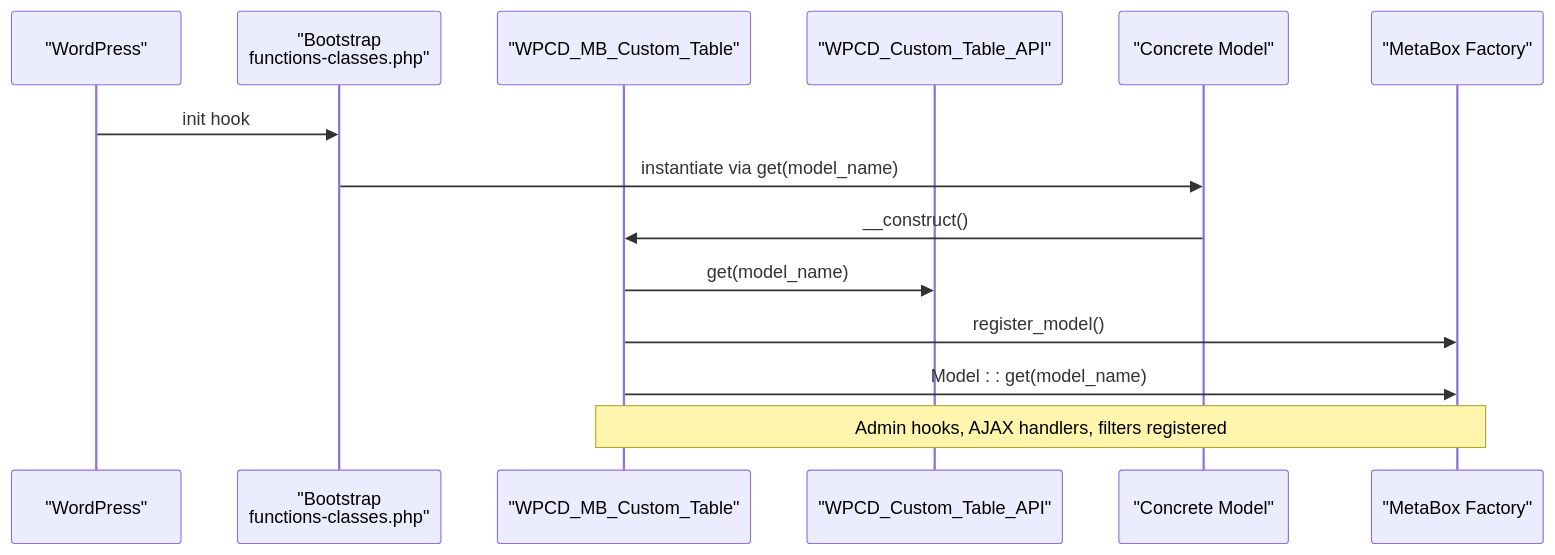
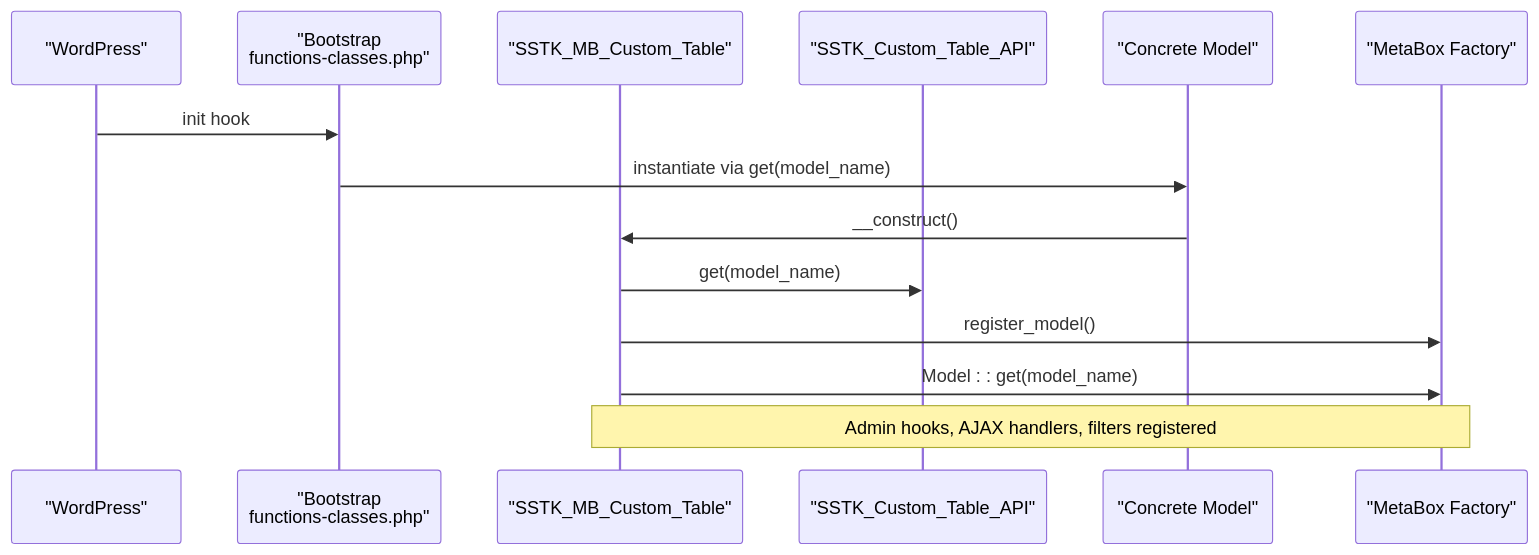
The second of 5 diagrams in .qoder/repowiki/en/content/Data Management/Custom Database Tables/Table Abstraction Layer.md (onedogsolutions/simple-stack), drawn with Mermaid before and after one commit. The commit also changed other lines of this file and 5941 other files, not shown here.

````diff
--- a/.qoder/repowiki/en/content/Data Management/Custom Database Tables/Table Abstraction Layer.md
+++ b/.qoder/repowiki/en/content/Data Management/Custom Database Tables/Table Abstraction Layer.md
@@ -119,16 +119,16 @@
 ```mermaid
 sequenceDiagram
 participant WP as "WordPress"
 participant Boot as "Bootstrap<br/>functions-classes.php"
-participant Base as "WPCD_MB_Custom_Table"
-participant API as "WPCD_Custom_Table_API"
+participant Base as "SSTK_MB_Custom_Table"
+participant API as "SSTK_Custom_Table_API"
 participant Model as "Concrete Model"
 participant MB as "MetaBox Factory"
 WP->>Boot : init hook
 Boot->>Model : instantiate via get(model_name)
 Model->>Base : __construct()
 Base->>API : get(model_name)
 Base->>MB : register_model()
 Base->>MB : Model : : get(model_name)
 Note over Base,MB : Admin hooks, AJAX handlers, filters registered
 ```
````
